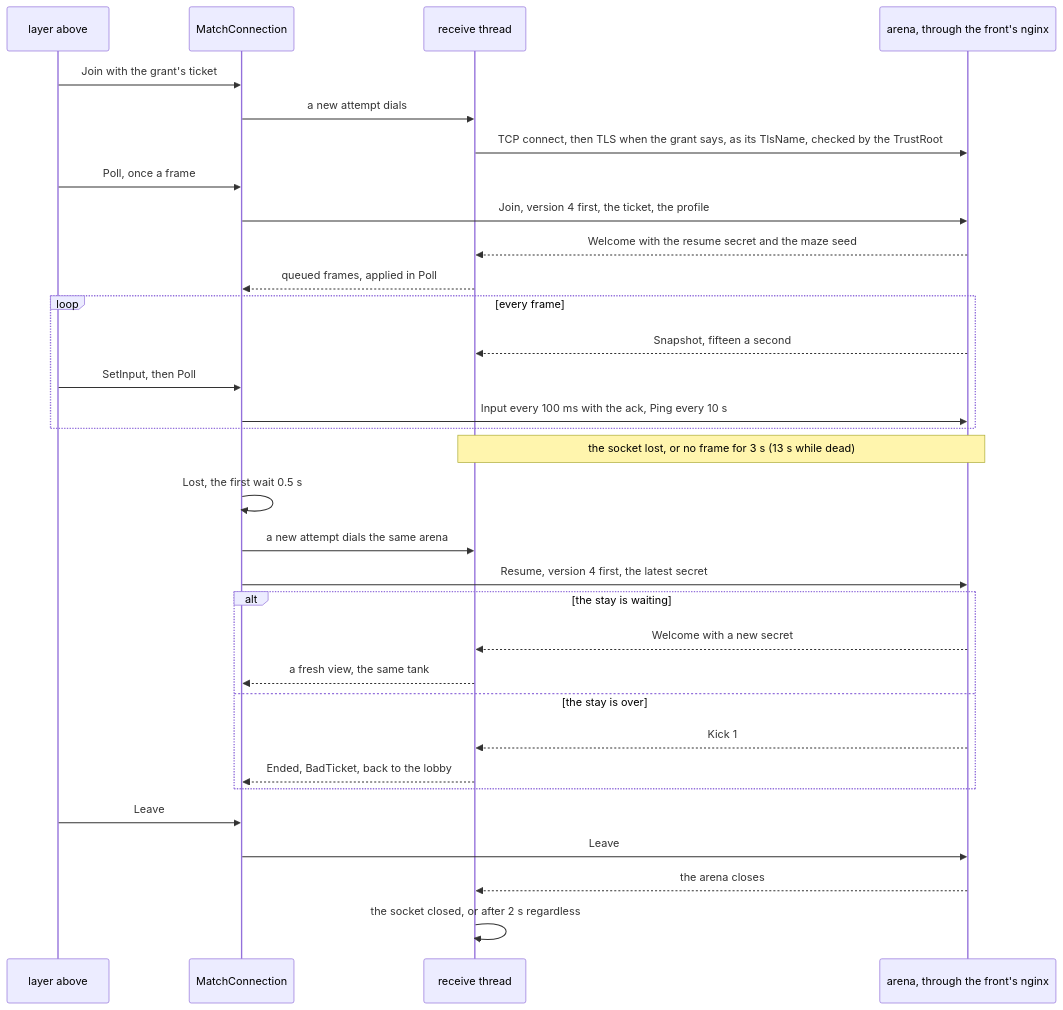
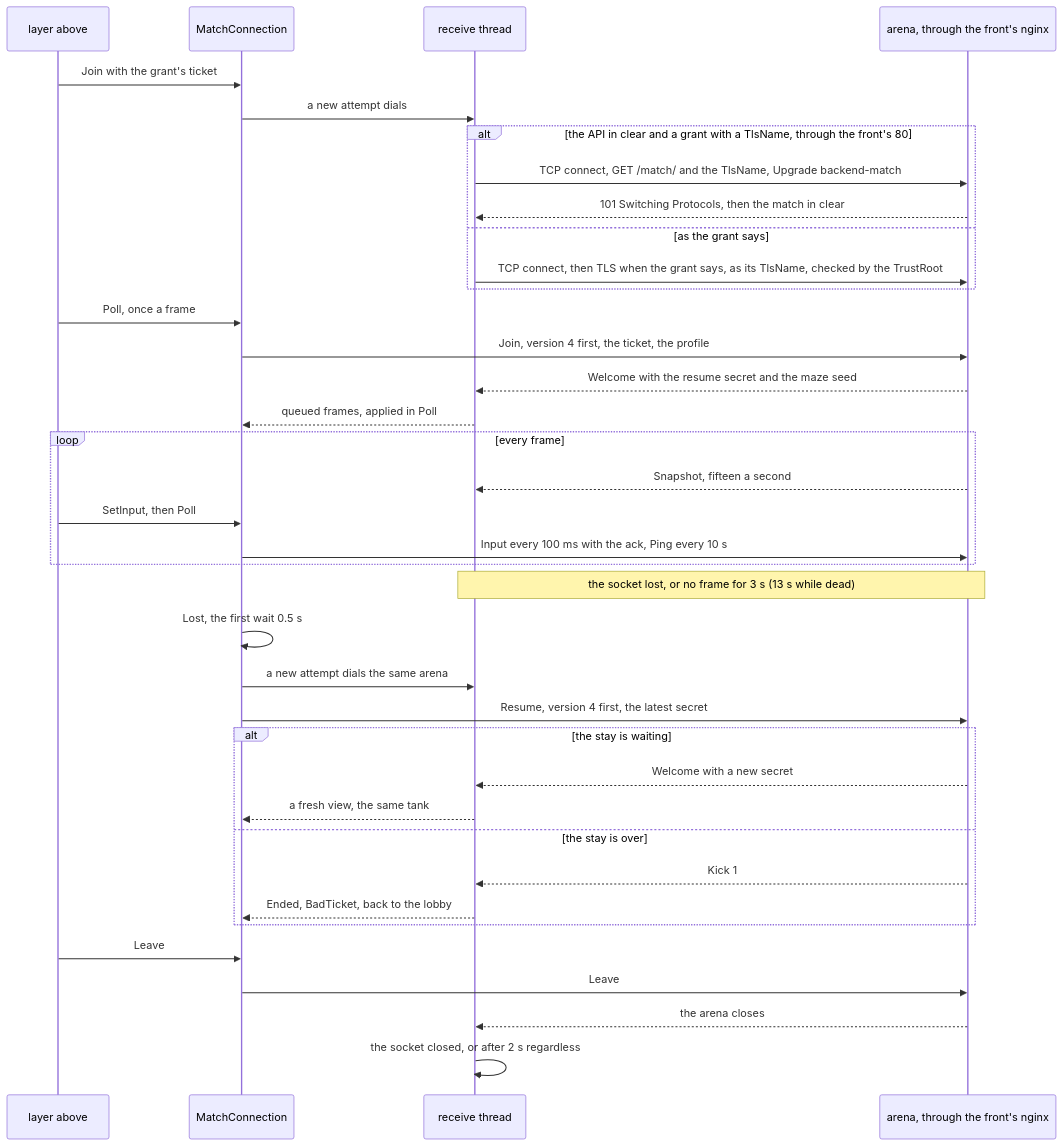
Before and after one commit to greensoft-atom/depio-simulation-platform: the seventh of 13 diagrams in docs/diagrams/06-client.md, drawn with Mermaid. The commit also changed other lines of this file and 64 other files, not shown here.

````diff
--- a/docs/diagrams/06-client.md
+++ b/docs/diagrams/06-client.md
@@ -433,34 +448,39 @@
 ```mermaid
 sequenceDiagram
     participant L as layer above
     participant M as MatchConnection
     participant T as receive thread
     participant A as arena, through the front's nginx
     L->>M: Join with the grant's ticket
     M->>T: a new attempt dials
-    T->>A: TCP connect, then TLS when the grant says, as its TlsName, checked by the TrustRoot
+    alt the API in clear and a grant with a TlsName, through the front's 80
+        T->>A: TCP connect, GET /match/ and the TlsName, Upgrade backend-match
+        A-->>T: 101 Switching Protocols, then the match in clear
+    else as the grant says
+        T->>A: TCP connect, then TLS when the grant says, as its TlsName, checked by the TrustRoot
+    end
     L->>M: Poll, once a frame
     M->>A: Join, version 4 first, the ticket, the profile
     A-->>T: Welcome with the resume secret and the maze seed
     T-->>M: queued frames, applied in Poll
     loop every frame
         A-->>T: Snapshot, fifteen a second
         L->>M: SetInput, then Poll
         M->>A: Input every 100 ms with the ack, Ping every 10 s
     end
     Note over T,A: the socket lost, or no frame for 3 s (13 s while dead)
     M->>M: Lost, the first wait 0.5 s
     M->>T: a new attempt dials the same arena
     M->>A: Resume, version 4 first, the latest secret
     alt the stay is waiting
         A-->>T: Welcome with a new secret
         T-->>M: a fresh view, the same tank
     else the stay is over
         A-->>T: Kick 1
         T-->>M: Ended, BadTicket, back to the lobby
     end
     L->>M: Leave
     M->>A: Leave
     A-->>T: the arena closes
     T->>T: the socket closed, or after 2 s regardless
 ```
````
